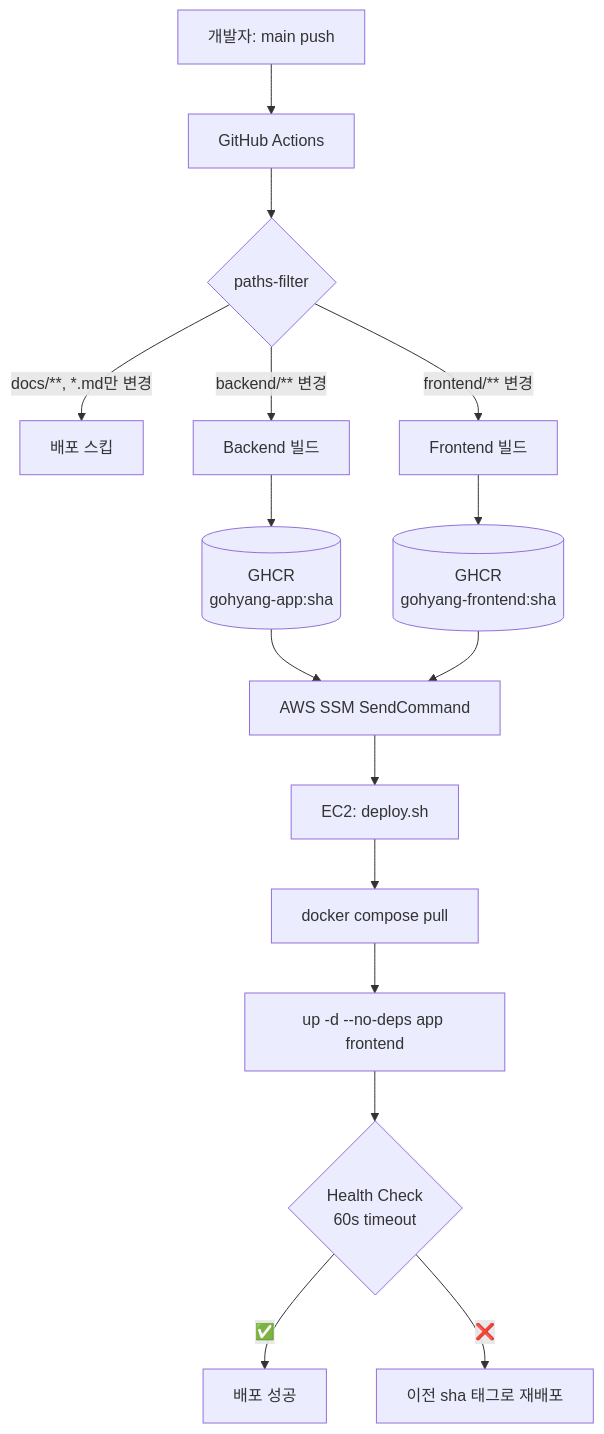
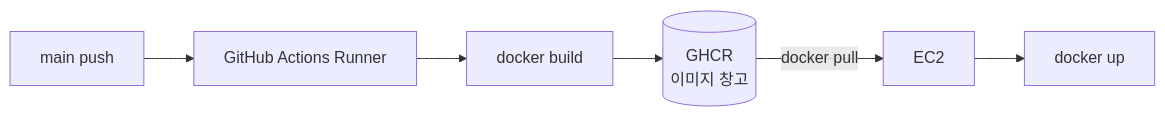
Before and after one commit to zkzkzhzj/ChatAppProject: the second of 5 diagrams in docs/learning/37-cd-pipeline-design.md, drawn with Mermaid. The commit also changed other lines of this file and 9 other files, not shown here.

````diff
--- a/docs/learning/37-cd-pipeline-design.md
+++ b/docs/learning/37-cd-pipeline-design.md
@@ -198,18 +67,8 @@
 ```mermaid
-flowchart TB
-  Dev[개발자: main push] --> GHA[GitHub Actions]
-  GHA --> PF{paths-filter}
-  PF -->|docs/**, *.md만 변경| Skip[배포 스킵]
-  PF -->|backend/** 변경| BB[Backend 빌드]
-  PF -->|frontend/** 변경| BF[Frontend 빌드]
-  BB --> PushB[(GHCR<br/>gohyang-app:sha)]
-  BF --> PushF[(GHCR<br/>gohyang-frontend:sha)]
-  PushB --> Deploy
-  PushF --> Deploy
-  Deploy[AWS SSM SendCommand] --> EC2
-  EC2[EC2: deploy.sh] --> Pull[docker compose pull]
-  Pull --> Up[up -d --no-deps app frontend]
-  Up --> HC{Health Check<br/>60s timeout}
-  HC -->|✅| Done[배포 성공]
-  HC -->|❌| Rollback[이전 sha 태그로 재배포]
+flowchart LR
+  A[main push] --> B[GitHub Actions Runner]
+  B --> C[docker build]
+  C --> D[(GHCR<br/>이미지 창고)]
+  D -->|docker pull| E[EC2]
+  E --> F[docker up]
 ```
````
